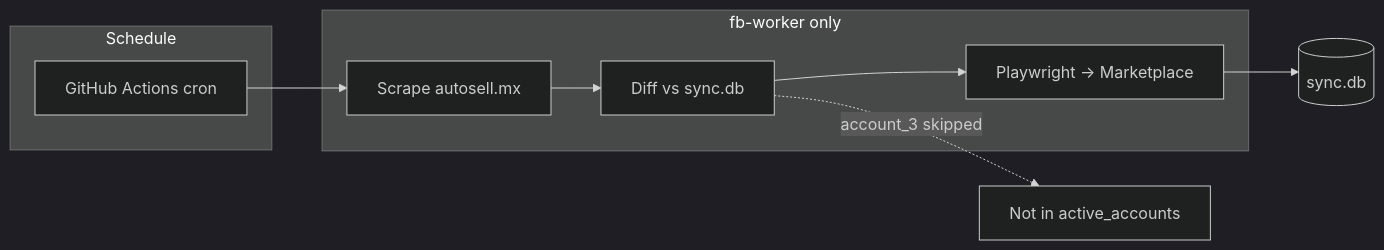
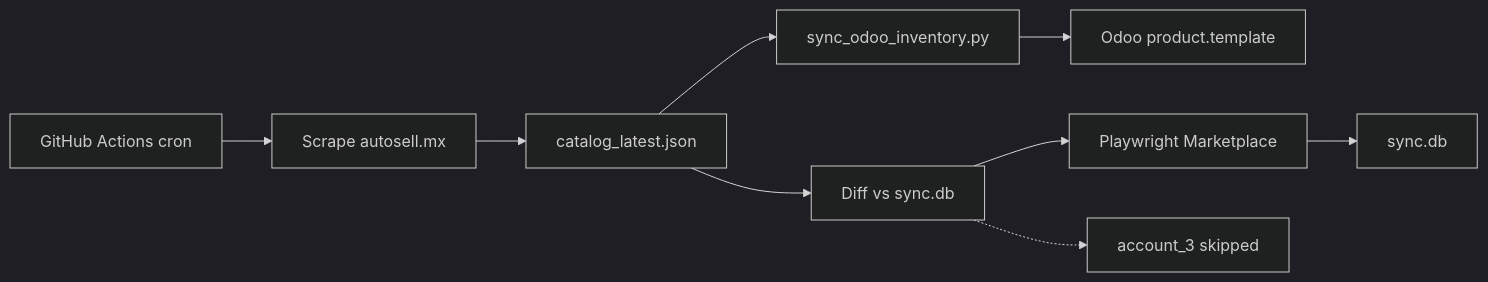
Before and after one commit to mg22mex/auto-upload: the first of 2 diagrams in README.md, drawn with Mermaid (dark theme). The commit also changed other lines of this file, not shown here.

````diff
--- a/README.md
+++ b/README.md
@@ -23,14 +26,21 @@
 ```mermaid
 flowchart LR
-    subgraph Schedule
-        GH[GitHub Actions cron]
-    end
-    subgraph Worker["fb-worker only"]
-        SC[Scrape autosell.mx]
-        DF[Diff vs sync.db]
-        FB[Playwright → Marketplace]
-    end
-    GH --> SC --> DF --> FB
-    DF -.->|account_3 skipped| SKIP[Not in active_accounts]
-    FB --> DB[(sync.db)]
+    GH["GitHub Actions cron"]
+    SC["Scrape autosell.mx"]
+    SNAP["catalog_latest.json"]
+    ODOO["sync_odoo_inventory.py"]
+    ERP["Odoo product.template"]
+    DF["Diff vs sync.db"]
+    FB["Playwright Marketplace"]
+    DB["sync.db"]
+    SKIP["account_3 skipped"]
+
+    GH --> SC
+    SC --> SNAP
+    SNAP --> ODOO
+    ODOO --> ERP
+    SNAP --> DF
+    DF --> FB
+    FB --> DB
+    DF -.-> SKIP
 ```
````
